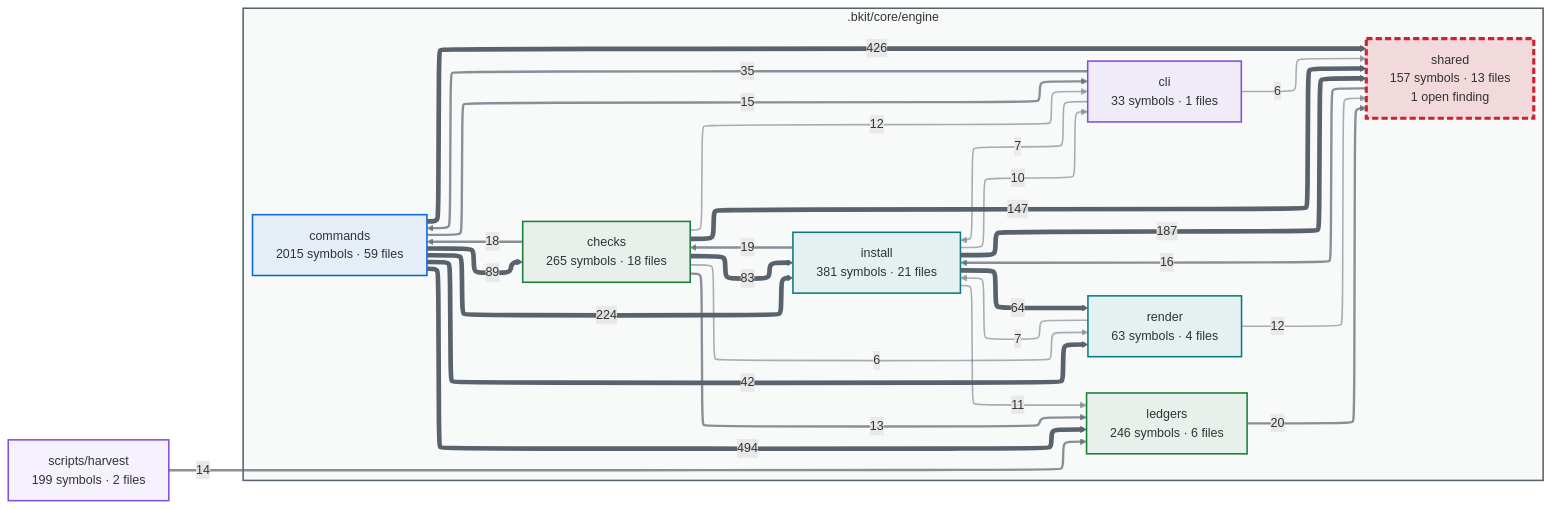
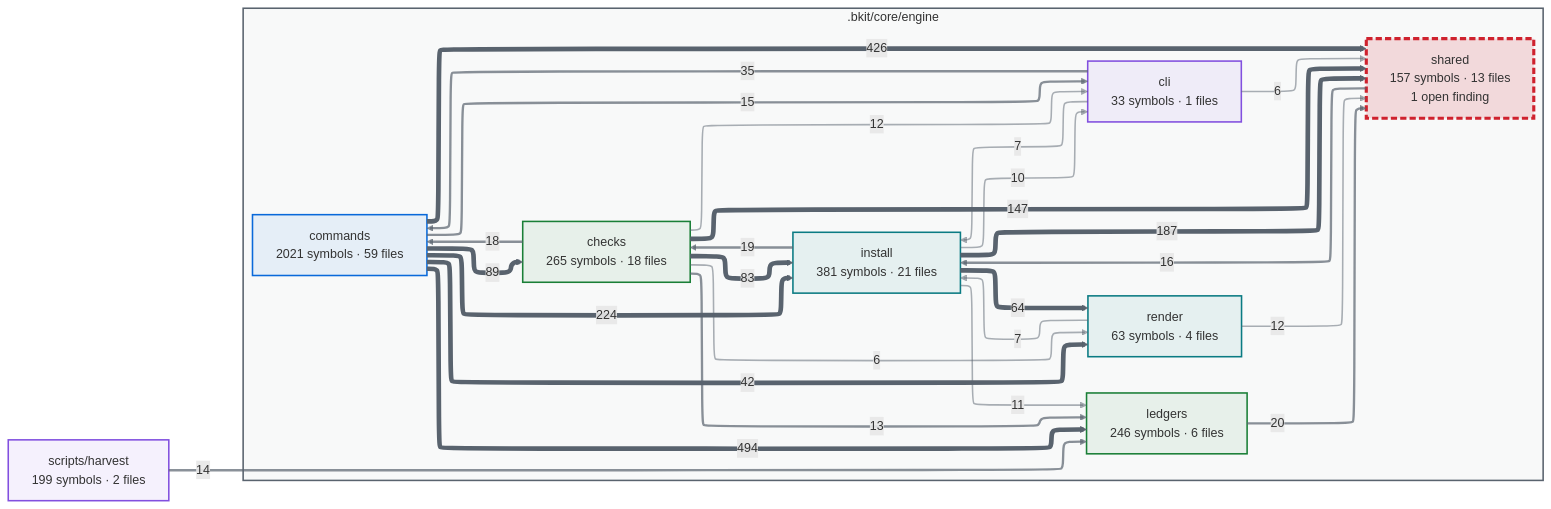
The first of 2 diagrams in docs/capabilities.md (cbartens/bkit), drawn with Mermaid before and after one commit. The commit also changed other lines of this file and 7 other files, not shown here.

````diff
--- a/docs/capabilities.md
+++ b/docs/capabilities.md
@@ -116,80 +116,80 @@
 ```mermaid
 ---
 config:
   layout: elk
   themeCSS: "marker { overflow: visible; } marker path { transform: scale(1.8); transform-origin: 5px 5px; }"
   flowchart:
     useMaxWidth: false
 ---
 flowchart LR
   %% Generated by bkit-graphify-rollup.py — do not edit
   subgraph gn_bkit_core_engine[".bkit/core/engine"]
     n_bkit_core_engine_checks["checks<br/>265 symbols · 18 files"]
     n_bkit_core_engine_cli["cli<br/>33 symbols · 1 files"]
-    n_bkit_core_engine_commands["commands<br/>2015 symbols · 59 files"]
+    n_bkit_core_engine_commands["commands<br/>2021 symbols · 59 files"]
     n_bkit_core_engine_install["install<br/>381 symbols · 21 files"]
     n_bkit_core_engine_ledgers["ledgers<br/>246 symbols · 6 files"]
     n_bkit_core_engine_render["render<br/>63 symbols · 4 files"]
     n_bkit_core_engine_shared["shared<br/>157 symbols · 13 files<br/>1 open finding"]
   end
   nscripts_harvest["scripts/harvest<br/>199 symbols · 2 files"]
   n_bkit_core_engine_commands -->|494| n_bkit_core_engine_ledgers
   n_bkit_core_engine_commands -->|426| n_bkit_core_engine_shared
   n_bkit_core_engine_commands -->|224| n_bkit_core_engine_install
   n_bkit_core_engine_install -->|187| n_bkit_core_engine_shared
   n_bkit_core_engine_checks -->|147| n_bkit_core_engine_shared
   n_bkit_core_engine_commands -->|89| n_bkit_core_engine_checks
   n_bkit_core_engine_checks -->|83| n_bkit_core_engine_install
   n_bkit_core_engine_install -->|64| n_bkit_core_engine_render
   n_bkit_core_engine_commands -->|42| n_bkit_core_engine_render
   n_bkit_core_engine_cli -->|35| n_bkit_core_engine_commands
   n_bkit_core_engine_ledgers -->|20| n_bkit_core_engine_shared
   n_bkit_core_engine_install -->|19| n_bkit_core_engine_checks
   n_bkit_core_engine_checks -->|18| n_bkit_core_engine_commands
   n_bkit_core_engine_shared -->|16| n_bkit_core_engine_install
   n_bkit_core_engine_commands -->|15| n_bkit_core_engine_cli
   nscripts_harvest -->|14| n_bkit_core_engine_ledgers
   n_bkit_core_engine_checks -->|13| n_bkit_core_engine_ledgers
   n_bkit_core_engine_checks -->|12| n_bkit_core_engine_cli
   n_bkit_core_engine_render -->|12| n_bkit_core_engine_shared
   n_bkit_core_engine_install -->|11| n_bkit_core_engine_ledgers
   n_bkit_core_engine_install -->|10| n_bkit_core_engine_cli
   n_bkit_core_engine_cli -->|7| n_bkit_core_engine_install
   n_bkit_core_engine_render -->|7| n_bkit_core_engine_install
   n_bkit_core_engine_checks -->|6| n_bkit_core_engine_render
   n_bkit_core_engine_cli -->|6| n_bkit_core_engine_shared
   style gn_bkit_core_engine fill:#59636e0a,stroke:#59636e,stroke-width:2px
   style n_bkit_core_engine_checks stroke:#1a7f37,stroke-width:2px,fill:#1a7f3714
   style n_bkit_core_engine_cli stroke:#8250df,stroke-width:2px,fill:#8250df14
   style n_bkit_core_engine_commands stroke:#0969da,stroke-width:2px,fill:#0969da14
   style n_bkit_core_engine_install stroke:#0a7b83,stroke-width:2px,fill:#0a7b8314
   style n_bkit_core_engine_ledgers stroke:#1a7f37,stroke-width:2px,fill:#1a7f3714
   style n_bkit_core_engine_render stroke:#0a7b83,stroke-width:2px,fill:#0a7b8314
   style n_bkit_core_engine_shared stroke:#cf222e,stroke-width:4px,stroke-dasharray:8 4,fill:#cf222e26
   style nscripts_harvest stroke:#8250df,stroke-width:2px,fill:#8250df14
   linkStyle 0 stroke:#59636e,stroke-width:6px
   linkStyle 1 stroke:#59636e,stroke-width:6px
   linkStyle 2 stroke:#59636e,stroke-width:6px
   linkStyle 3 stroke:#59636e,stroke-width:6px
   linkStyle 4 stroke:#59636e,stroke-width:6px
   linkStyle 5 stroke:#59636e,stroke-width:6px
   linkStyle 6 stroke:#59636e,stroke-width:6px
   linkStyle 7 stroke:#59636e,stroke-width:6px
   linkStyle 8 stroke:#59636e,stroke-width:6px
   linkStyle 9 stroke:#59636eb3,stroke-width:3px
   linkStyle 10 stroke:#59636eb3,stroke-width:3px
   linkStyle 11 stroke:#59636eb3,stroke-width:3px
   linkStyle 12 stroke:#59636eb3,stroke-width:3px
   linkStyle 13 stroke:#59636eb3,stroke-width:3px
   linkStyle 14 stroke:#59636eb3,stroke-width:3px
   linkStyle 15 stroke:#59636eb3,stroke-width:3px
   linkStyle 16 stroke:#59636eb3,stroke-width:3px
   linkStyle 17 stroke:#59636e80,stroke-width:2px
   linkStyle 18 stroke:#59636e80,stroke-width:2px
   linkStyle 19 stroke:#59636e80,stroke-width:2px
   linkStyle 20 stroke:#59636e80,stroke-width:2px
   linkStyle 21 stroke:#59636e80,stroke-width:2px
   linkStyle 22 stroke:#59636e80,stroke-width:2px
   linkStyle 23 stroke:#59636e80,stroke-width:2px
   linkStyle 24 stroke:#59636e80,stroke-width:2px
 ```
````
